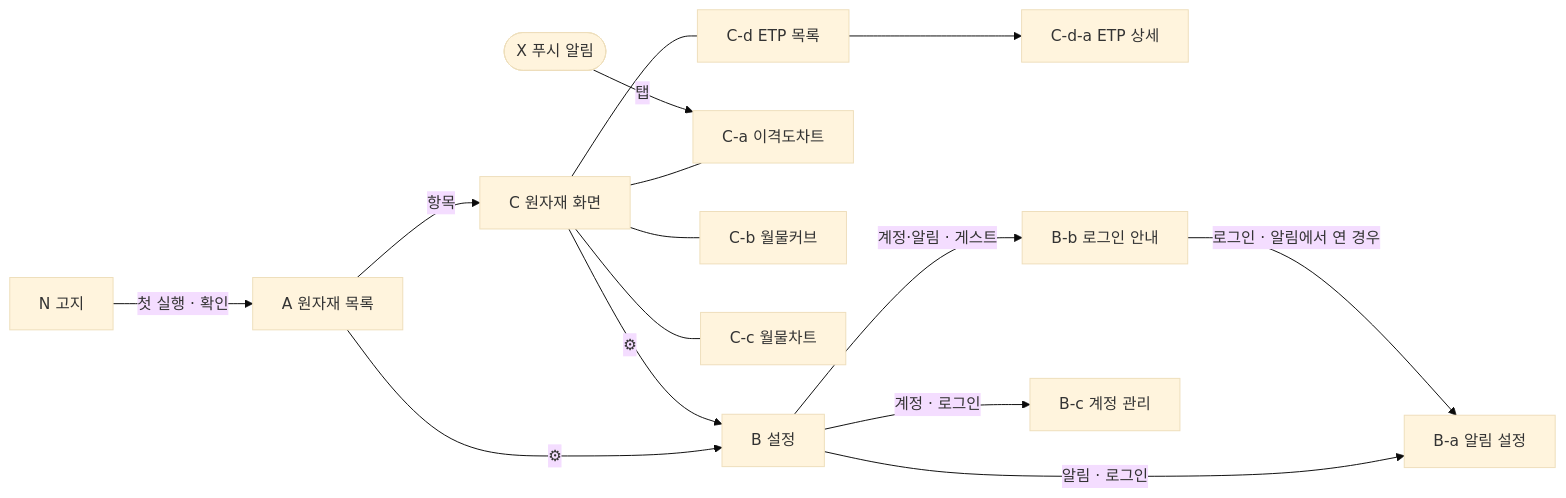
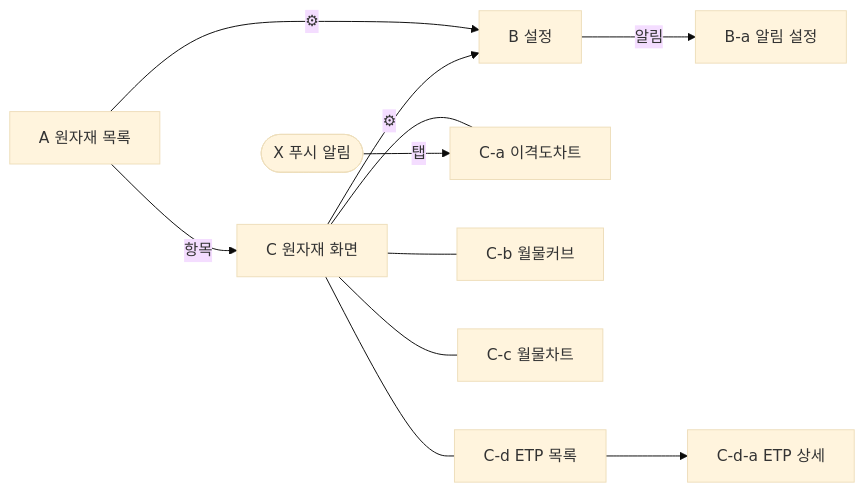
Before and after one commit to seyoun10/futureETP: the diagram in docs/wireframes/screens.md, drawn with Mermaid (base theme). The commit also changed other lines of this file and 6 other files, not shown here.

````diff
--- a/docs/wireframes/screens.md
+++ b/docs/wireframes/screens.md
@@ -24,14 +21,10 @@
 ```mermaid
 flowchart LR
-    N[N 고지] -->|첫 실행 · 확인| A
     A[A 원자재 목록] -->|항목| C[C 원자재 화면]
     A -->|⚙| B[B 설정]
     C -->|⚙| B
     C --- Ca[C-a 이격도차트] & Cb[C-b 월물커브] & Cc[C-c 월물차트] & Cd[C-d ETP 목록]
     Cd --> Cda[C-d-a ETP 상세]
-    B -->|알림 · 로그인| Ba[B-a 알림 설정]
-    B -->|계정·알림 · 게스트| Bb[B-b 로그인 안내]
-    Bb -->|로그인 · 알림에서 연 경우| Ba
-    B -->|계정 · 로그인| Bc[B-c 계정 관리]
+    B -->|알림| Ba[B-a 알림 설정]
     X([X 푸시 알림]) -->|탭| Ca
 ```
````
